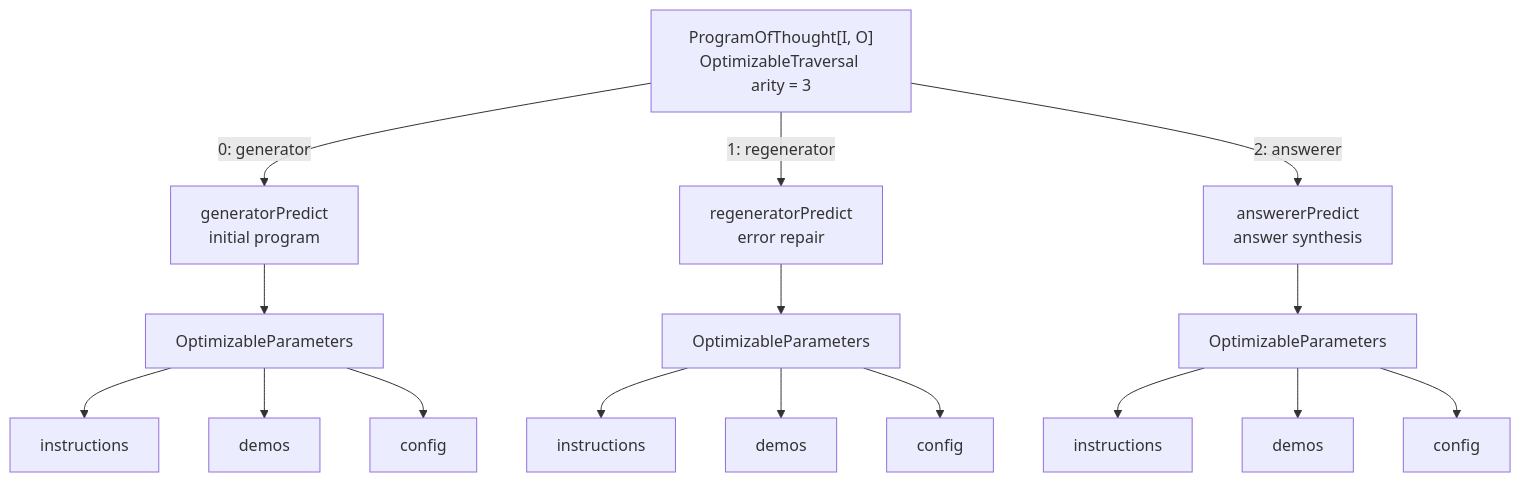
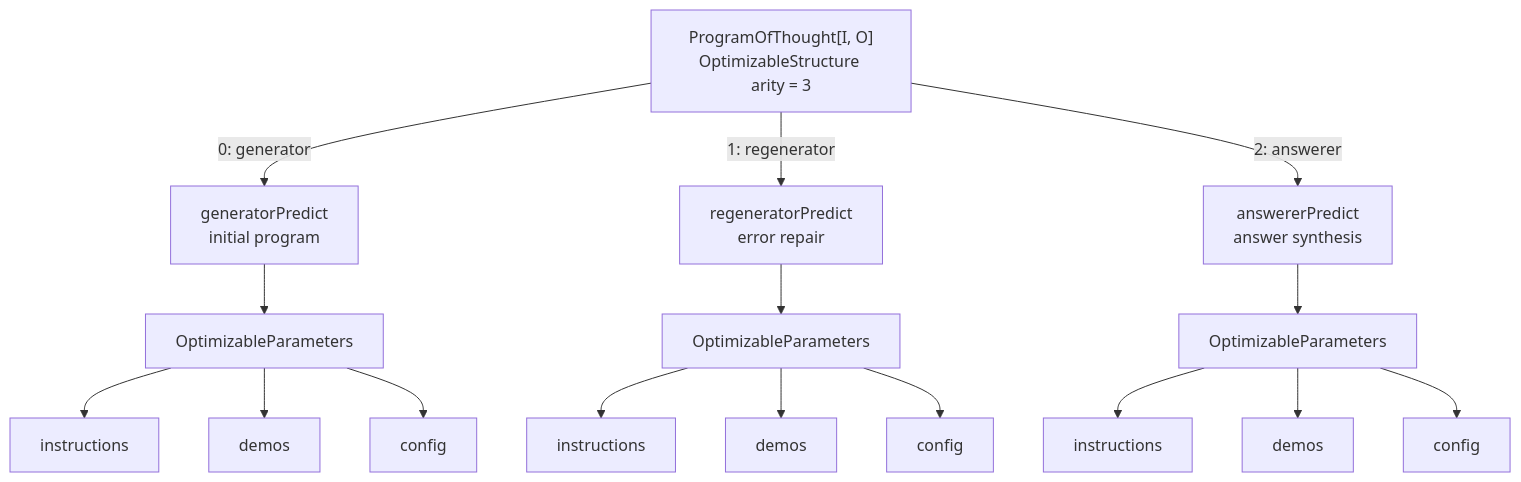
Before and after one commit to jpablo/dspy4s: the fifth of 5 diagrams in modules/programs/src/main/scala/dspy4s/programs/strategies/ProgramOfThought.md, drawn with Mermaid. The commit also changed other lines of this file and 95 other files, not shown here.

Commit message:
refactor: rename optimizable traversal to structure

````diff
--- a/modules/programs/src/main/scala/dspy4s/programs/strategies/ProgramOfThought.md
+++ b/modules/programs/src/main/scala/dspy4s/programs/strategies/ProgramOfThought.md
@@ -459,23 +459,23 @@
 ```mermaid
 flowchart TD
-    root["ProgramOfThought[I, O]<br/>OptimizableTraversal arity = 3"]
+    root["ProgramOfThought[I, O]<br/>OptimizableStructure arity = 3"]
 
     root -->|"0: generator"| generator["generatorPredict<br/>initial program"]
     root -->|"1: regenerator"| regenerator["regeneratorPredict<br/>error repair"]
     root -->|"2: answerer"| answerer["answererPredict<br/>answer synthesis"]
 
     generator --> generatorParams["OptimizableParameters"]
     generatorParams --> generatorInstructions["instructions"]
     generatorParams --> generatorDemos["demos"]
     generatorParams --> generatorConfig["config"]
 
     regenerator --> regeneratorParams["OptimizableParameters"]
     regeneratorParams --> regeneratorInstructions["instructions"]
     regeneratorParams --> regeneratorDemos["demos"]
     regeneratorParams --> regeneratorConfig["config"]
 
     answerer --> answererParams["OptimizableParameters"]
     answererParams --> answererInstructions["instructions"]
     answererParams --> answererDemos["demos"]
     answererParams --> answererConfig["config"]
 ```
````
